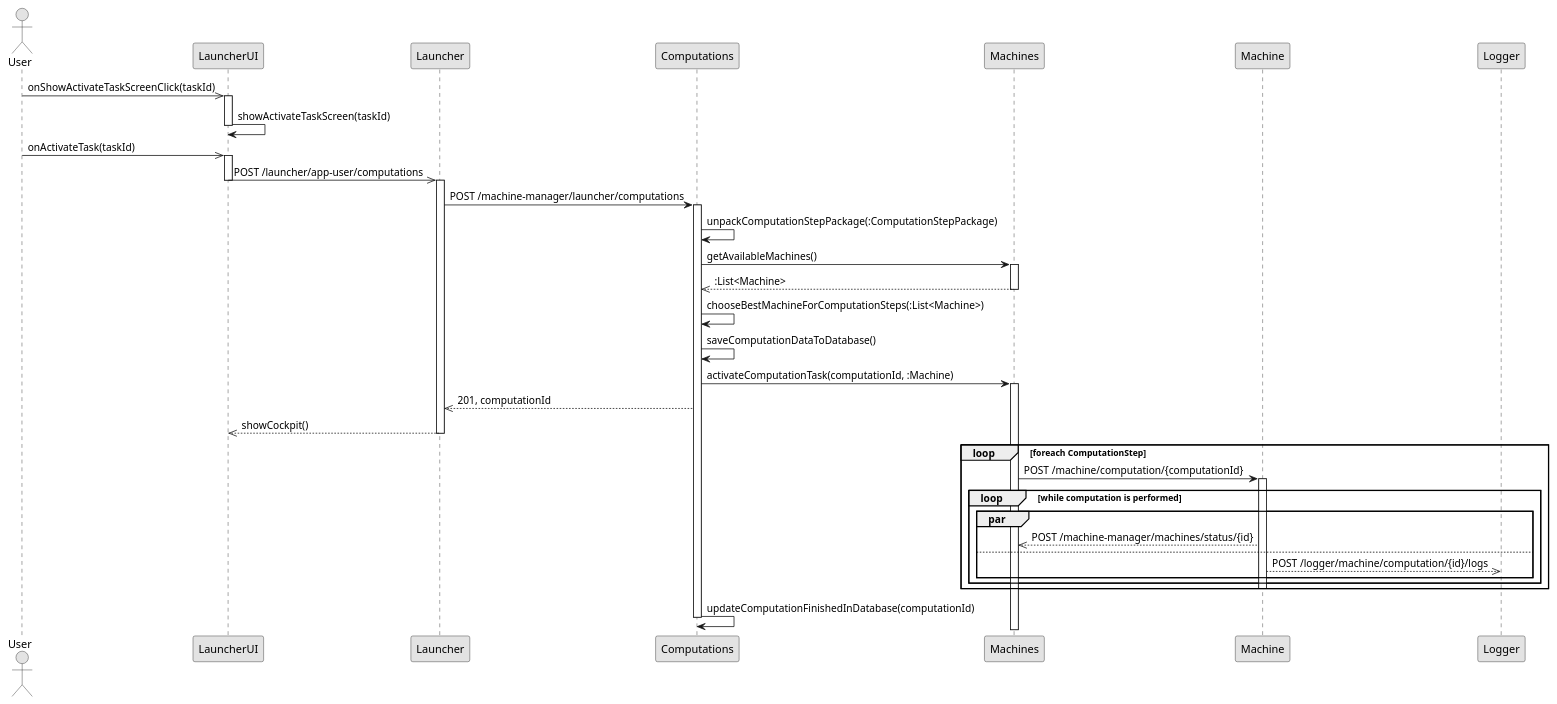
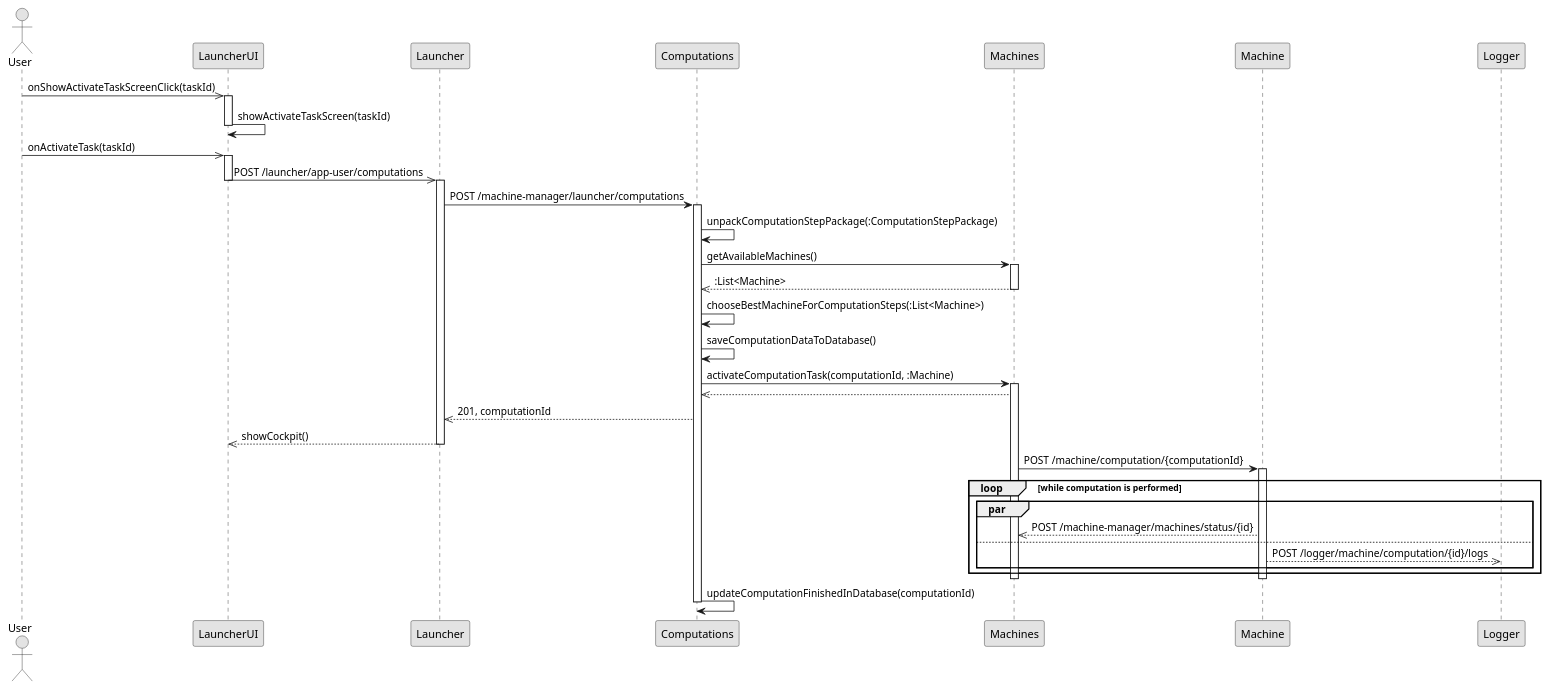
One commit to Plan-B-PO/docs changed the diagram in sequences/T4_sequence_main.puml. Above: the diagram before and after it, drawn with PlantUML. The commit also changed 1 other file, not shown here.

```diff
--- a/sequences/T4_sequence_main.puml
+++ b/sequences/T4_sequence_main.puml
@@ -1,74 +1,77 @@
 @startuml
 
 skinparam monochrome true
 
 actor User
 
 '''''''''''''''''''
 'INITIAL SCREEN
 
 User ->> LauncherUI : onShowActivateTaskScreenClick(taskId)
 activate LauncherUI
 LauncherUI -> LauncherUI : showActivateTaskScreen(taskId)
 deactivate LauncherUI
 
 '''''''''''''''''''
 'ACTIVATE TRIGGER
 
 User ->> LauncherUI : onActivateTask(taskId)
 activate LauncherUI
 
 LauncherUI ->> Launcher : POST /launcher​/app-user​/computations
 deactivate LauncherUI
 activate Launcher
 
 Launcher -> Computations : POST /machine-manager/launcher/computations
 activate Computations
 
 Computations -> Computations : unpackComputationStepPackage(:ComputationStepPackage)
 
 Computations -> Machines : getAvailableMachines()
 activate Machines
 Machines -->> Computations : :List<Machine>
 deactivate Machines
 
 Computations -> Computations : chooseBestMachineForComputationSteps(:List<Machine>)
 Computations -> Computations : saveComputationDataToDatabase()
 
 Computations -> Machines : activateComputationTask(computationId, :Machine)
 activate Machines
+Machines -->> Computations
 
 Computations -->> Launcher : 201, computationId
 Launcher -->> LauncherUI : showCockpit()
 deactivate Launcher
 
 ''''''''''''''''''
 ' COMPUTATION
 
-loop foreach ComputationStep
+Machines -> Machine : POST /machine/computation/{computationId}
+activate Machine
 
-    Machines -> Machine : POST /machine/computation/{computationId}
-    activate Machine
+loop while computation is performed
 
-    loop while computation is performed
+    par
 
-        par
+        Machine -->> Machines : POST /machine-manager/machines/status/{id}
 
-			Machine -->> Machines : POST /machine-manager/machines/status/{id}
+    else
 
-        else
+        Machine -->> Logger : POST /logger/machine/computation/{id}/logs
 
-            Machine -->> Logger : POST /logger/machine/computation/{id}/logs
-
-        end par
-
-    end loop
-
-    deactivate Machine
+    end par
 
 end loop
+
+deactivate Machine
+
+' TOO LATE TO REQUIRE THE IMPLEMENTATION OF THIS
+'Machines -> Computations : markComputationFinished(computationId)
+'Computations -->> Machines
+
+deactivate Machines
 
 Computations -> Computations : updateComputationFinishedInDatabase(computationId)
 deactivate Computations
 
 @enduml
```
